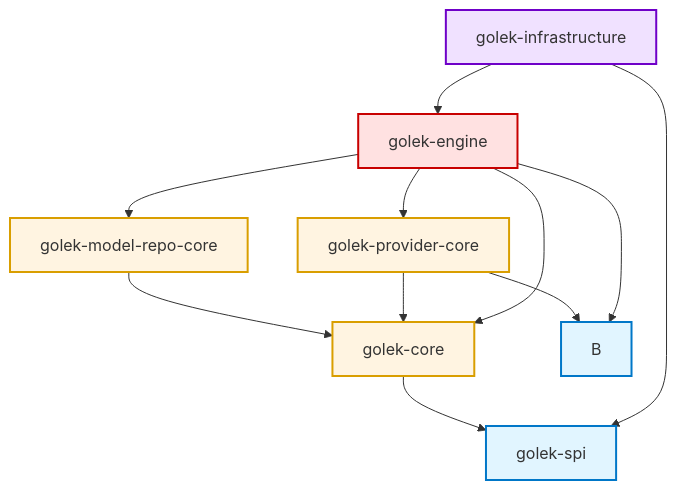
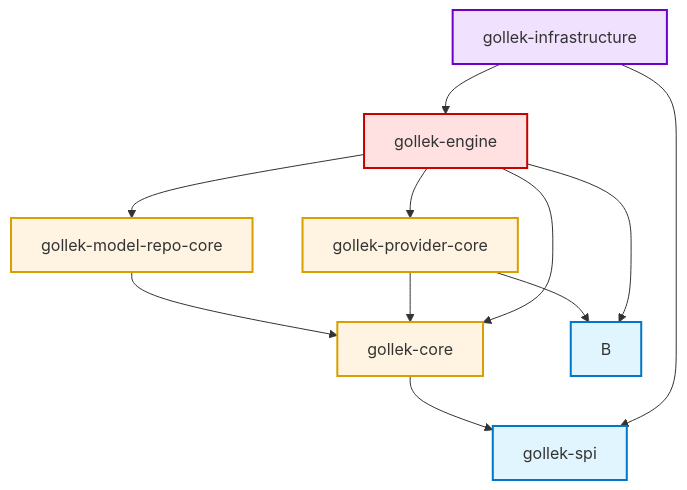
Before and after one commit to bhangun/gollek: the diagram in core/README.md, drawn with Mermaid. The commit also changed other lines of this file and 2114 other files, not shown here.

````diff
--- a/core/README.md
+++ b/core/README.md
@@ -72,35 +72,35 @@
 ```mermaid
 graph TD
-    A[golek-spi] 
-    C[golek-core]
-    D[golek-model-repo-core]
-    E[golek-provider-core]
-    F[golek-engine]
-    G[golek-infrastructure]
+    A[gollek-spi] 
+    C[gollek-core]
+    D[gollek-model-repo-core]
+    E[gollek-provider-core]
+    F[gollek-engine]
+    G[gollek-infrastructure]
 
     %% Tier 1: Base Contracts
     C --> A
     
     %% Tier 2: Domain Logic & SPIs
     D --> C
     E --> C
     E --> B
 
     %% Tier 3: Core Implementation (Engine)
     F --> D
     F --> E
     F --> C
     F --> B
 
     %% Tier 4: Infrastructure & Integration
     G --> F
     G --> A
     
     style A fill:#e1f5ff,stroke:#0077c8,stroke-width:2px
     style B fill:#e1f5ff,stroke:#0077c8,stroke-width:2px
     style C fill:#fff4e1,stroke:#d99e00,stroke-width:2px
     style D fill:#fff4e1,stroke:#d99e00,stroke-width:2px
     style E fill:#fff4e1,stroke:#d99e00,stroke-width:2px
     style F fill:#ffe1e1,stroke:#c80000,stroke-width:2px
     style G fill:#f0e1ff,stroke:#6f00c8,stroke-width:2px
 ```
````
